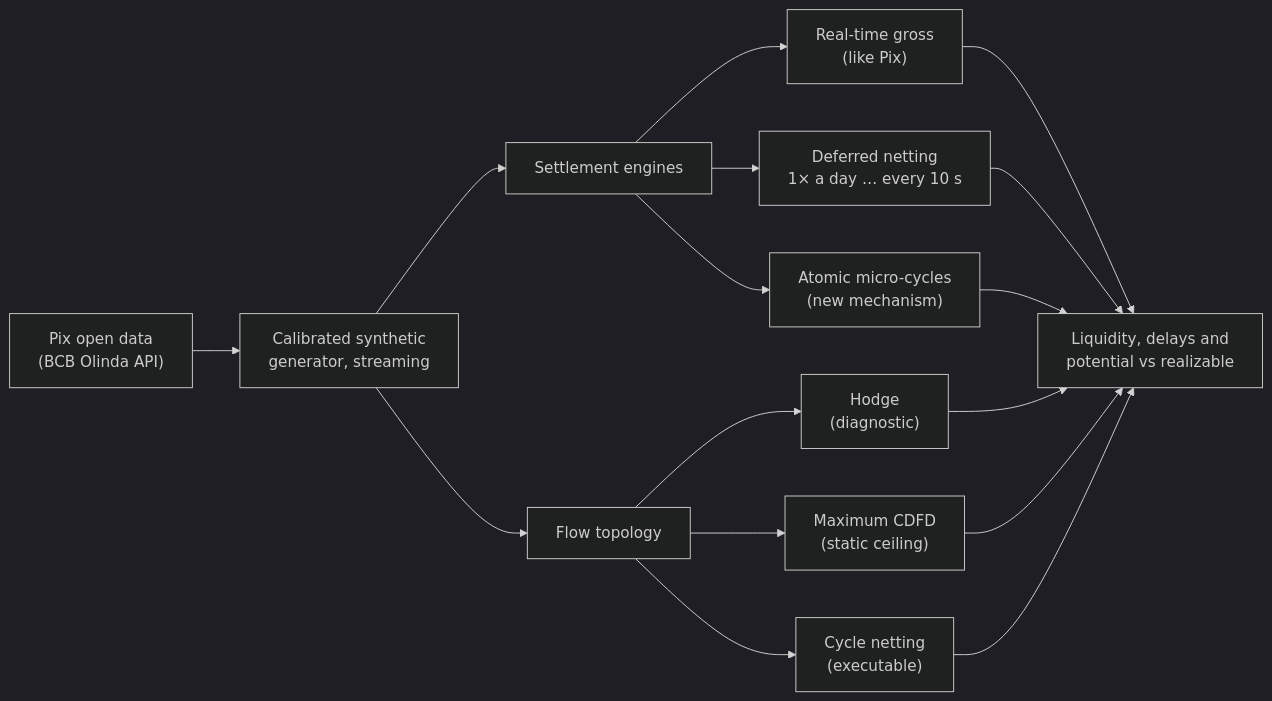
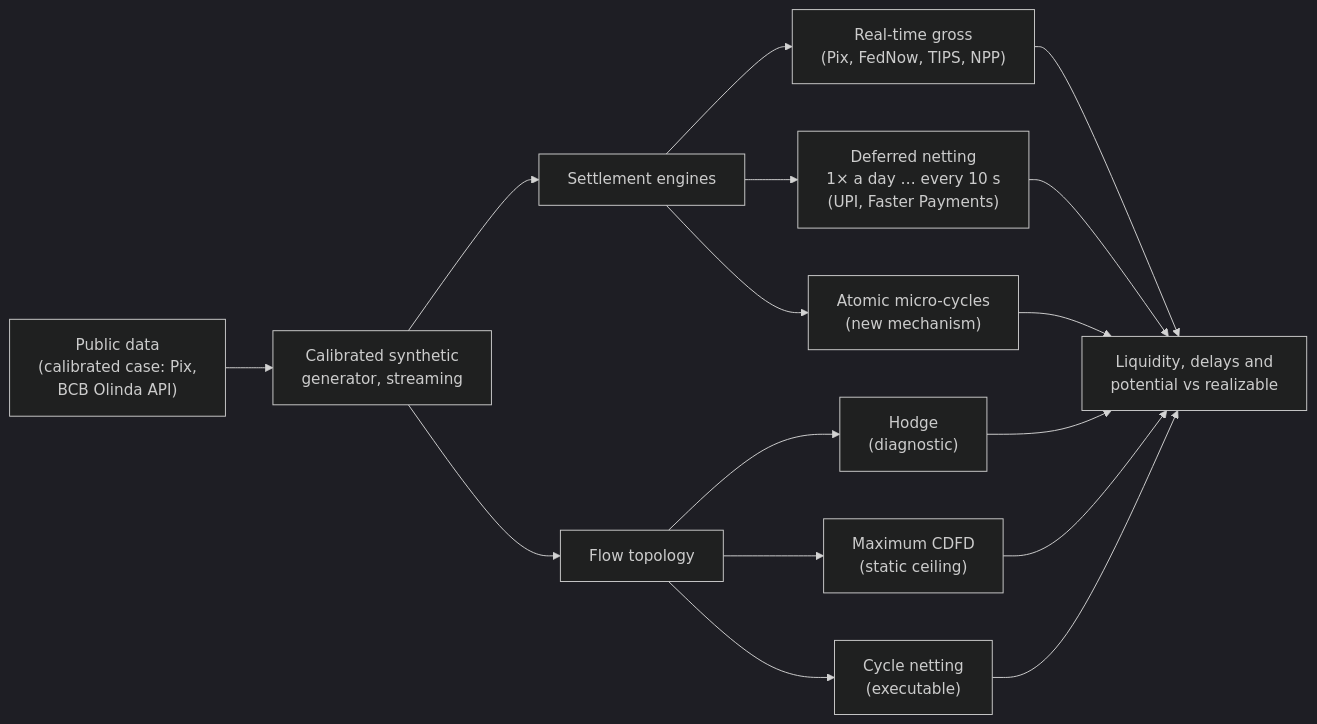
Before and after one commit to fabiodrneles/loopsettle: the second of 2 diagrams in README.md, drawn with Mermaid (dark theme). The commit also changed other lines of this file and 12 other files, not shown here.

First line of the commit message:
docs: present LoopSettle as a study of instant payments (Pix as the calibrated case)

````diff
--- a/README.md
+++ b/README.md
@@ -519,14 +570,14 @@
 ```mermaid
 flowchart LR
-  A["Pix open data<br/>(BCB Olinda API)"] --> B["Calibrated synthetic<br/>generator, streaming"]
+  A["Public data<br/>(calibrated case: Pix,<br/>BCB Olinda API)"] --> B["Calibrated synthetic<br/>generator, streaming"]
   B --> C["Settlement engines"]
-  C --> C1["Real-time gross<br/>(like Pix)"]
-  C --> C2["Deferred netting<br/>1× a day … every 10 s"]
+  C --> C1["Real-time gross<br/>(Pix, FedNow, TIPS, NPP)"]
+  C --> C2["Deferred netting<br/>1× a day … every 10 s<br/>(UPI, Faster Payments)"]
   C --> C3["Atomic micro-cycles<br/>(new mechanism)"]
   B --> D["Flow topology"]
   D --> D1["Hodge<br/>(diagnostic)"]
   D --> D2["Maximum CDFD<br/>(static ceiling)"]
   D --> D3["Cycle netting<br/>(executable)"]
   C1 & C2 & C3 --> E["Liquidity, delays and<br/>potential vs realizable"]
   D1 & D2 & D3 --> E
 ```
````
